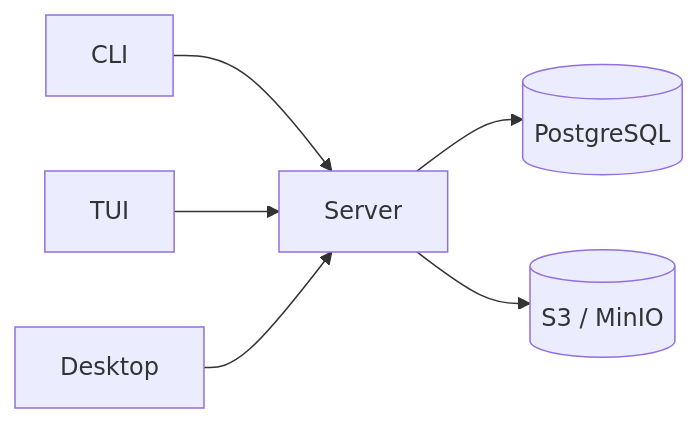
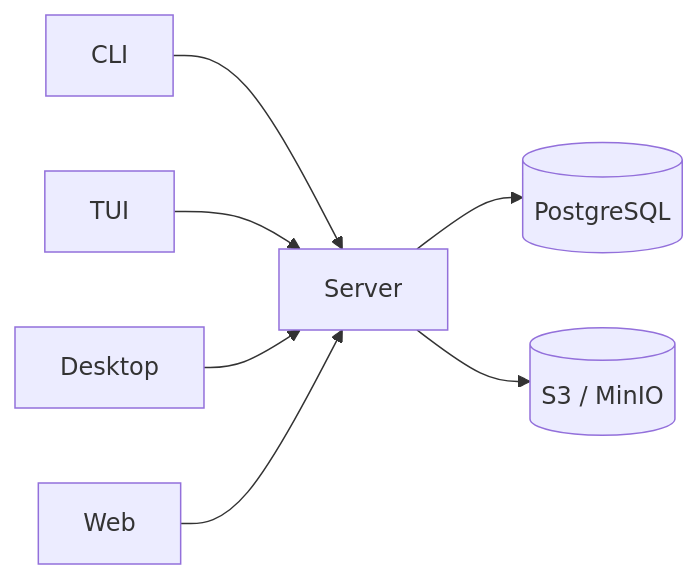
Before and after one commit to hydra13/gophkeeper: the fifth of 5 diagrams in .memory-bank/schemas-high.md, drawn with Mermaid. The commit also changed other lines of this file and 84 other files, not shown here.

````diff
--- a/.memory-bank/schemas-high.md
+++ b/.memory-bank/schemas-high.md
@@ -132,15 +157,17 @@
 ```mermaid
 flowchart LR
     CLI["CLI"]
     TUI["TUI"]
     Desktop["Desktop"]
+    Web["Web"]
     Server["Server"]
     DB[("PostgreSQL")]
     S3[("S3 / MinIO")]
 
     CLI --> Server
     TUI --> Server
     Desktop --> Server
+    Web --> Server
     Server --> DB
     Server --> S3
 ```
````
